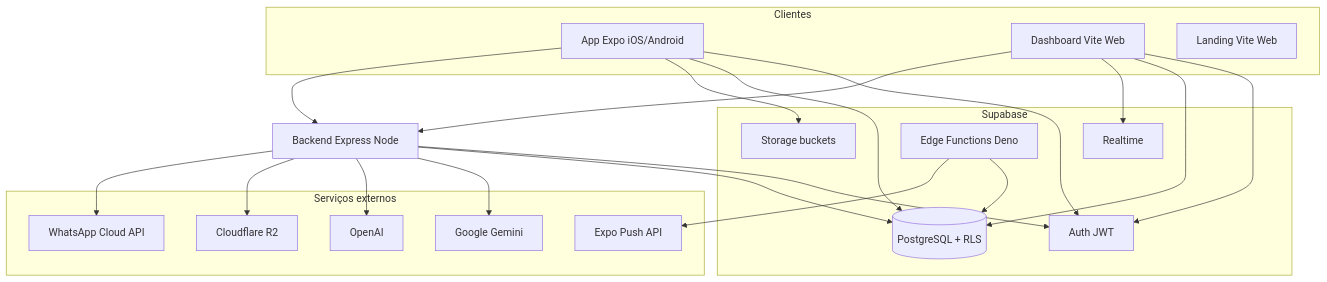
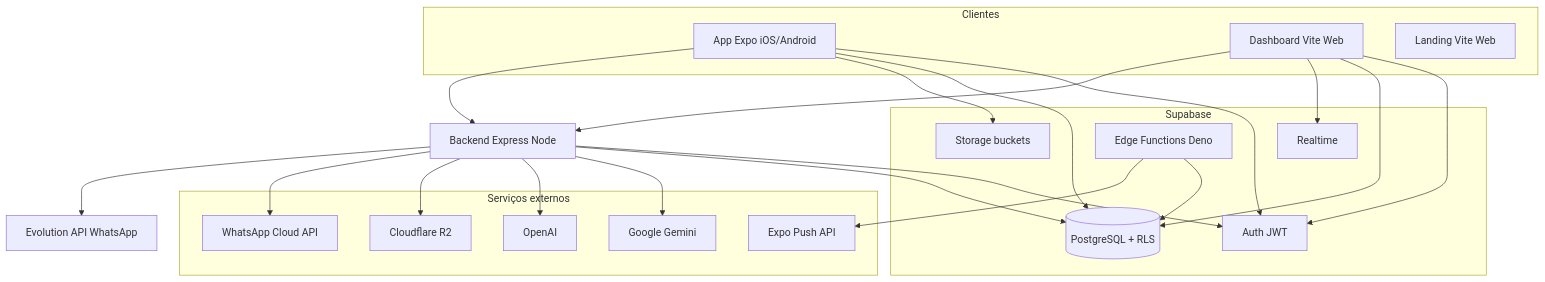
Before and after one commit to tgtdigital45-mvp/lore: the first of 4 diagrams in README.md, drawn with Mermaid. The commit also changed other lines of this file and 6 other files, not shown here.

````diff
--- a/README.md
+++ b/README.md
@@ -39,39 +50,41 @@
 ```mermaid
 flowchart TB
   subgraph clients [Clientes]
     Mobile[App Expo iOS/Android]
     Dash[Dashboard Vite Web]
     Land[Landing Vite Web]
   end
   subgraph supa [Supabase]
     Auth[Auth JWT]
     PG[(PostgreSQL + RLS)]
     Storage[Storage buckets]
     RT[Realtime]
     EF[Edge Functions Deno]
   end
   subgraph cloud [Serviços externos]
     Gemini[Google Gemini]
     OAI[OpenAI]
     R2[Cloudflare R2]
     WA[WhatsApp Cloud API]
     ExpoPush[Expo Push API]
   end
   BE[Backend Express Node]
+  Evo[Evolution API WhatsApp]
   Mobile --> Auth
   Mobile --> PG
   Mobile --> Storage
   Mobile --> BE
   Dash --> Auth
   Dash --> PG
   Dash --> RT
   Dash --> BE
   BE --> Auth
   BE --> PG
   BE --> Gemini
   BE --> OAI
   BE --> R2
   BE --> WA
+  BE --> Evo
   EF --> PG
   EF --> ExpoPush
 ```
````
